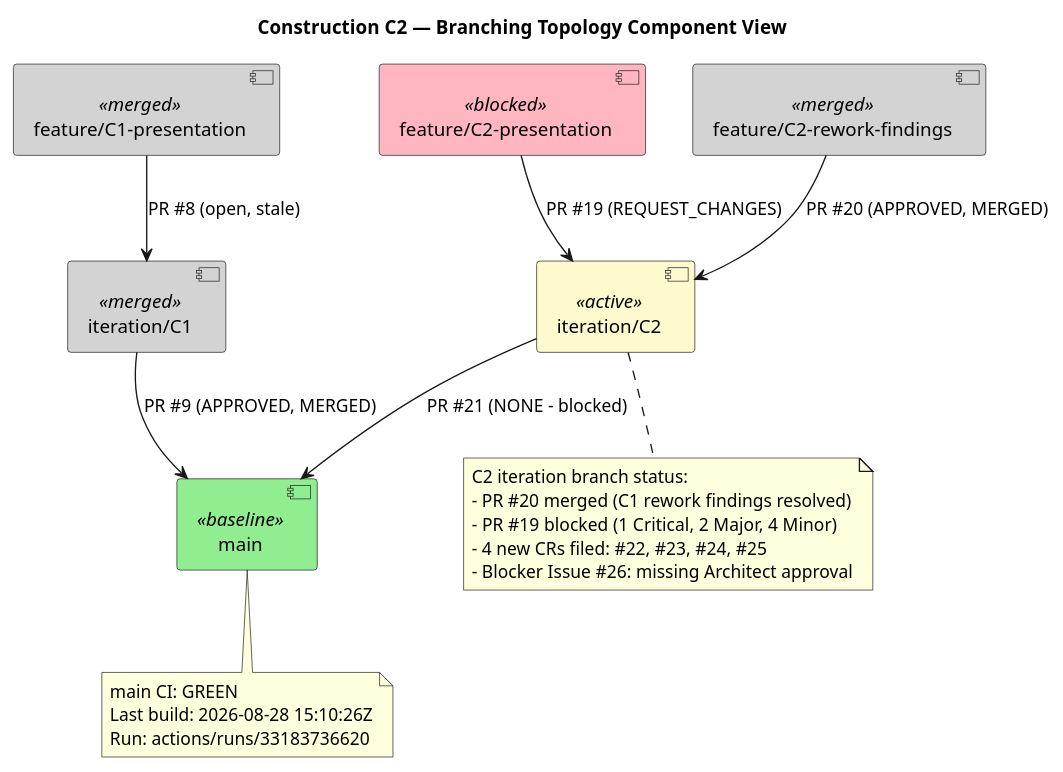
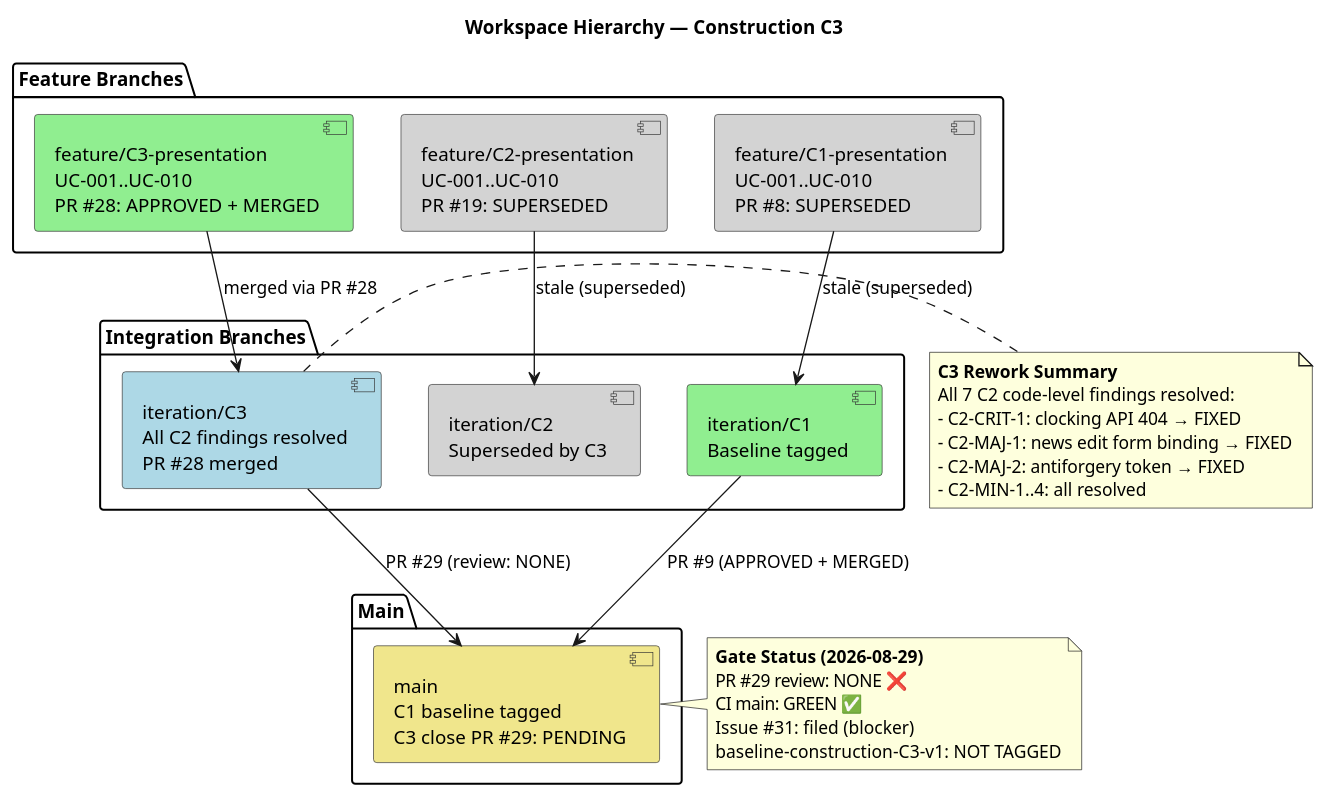
One commit to banense-test/portal-cuba-corp changed the first of 2 diagrams in docs/BRANCHING_STRATEGY.md. Above: the diagram before and after it, drawn with PlantUML. The commit also changed other lines of this file, not shown here.

Commit message:
docs: update BRANCHING_STRATEGY.md for C3 — gate blocked (PR #29 NONE), Issue #31 filed, pedigree diagram added

````diff
--- a/docs/BRANCHING_STRATEGY.md
+++ b/docs/BRANCHING_STRATEGY.md
@@ -64,41 +85,50 @@
 ```plantuml
-@startuml
-title Construction C2 — Branching Topology Component View
+@startuml Workspace_Hierarchy_C3
+title Workspace Hierarchy — Construction C3
 
 skinparam component {
-  BackgroundColor<<baseline>> #90EE90
-  BackgroundColor<<blocked>> #FFB6C1
-  BackgroundColor<<merged>> #D3D3D3
-  BackgroundColor<<active>> #FFFACD
+  BackgroundColor #F5F5F5
+  BorderColor #333333
 }
 
-component "main" as main <<baseline>>
-component "iteration/C1" as iter_c1 <<merged>>
-component "iteration/C2" as iter_c2 <<active>>
-component "feature/C1-presentation" as feat_c1 <<merged>>
-component "feature/C2-presentation" as feat_c2 <<blocked>>
-component "feature/C2-rework-findings" as feat_c2_rework <<merged>>
+package "Feature Branches" {
+  [feature/C3-presentation\nUC-001..UC-010\nPR #28: APPROVED + MERGED] as FEAT_C3 #LightGreen
+  [feature/C2-presentation\nUC-001..UC-010\nPR #19: SUPERSEDED] as FEAT_C2 #LightGray
+  [feature/C1-presentation\nUC-001..UC-010\nPR #8: SUPERSEDED] as FEAT_C1 #LightGray
+}
 
-feat_c1 --> iter_c1 : PR #8 (open, stale)
-iter_c1 --> main : PR #9 (APPROVED, MERGED)
+package "Integration Branches" {
+  [iteration/C3\nAll C2 findings resolved\nPR #28 merged] as ITER_C3 #LightBlue
+  [iteration/C2\nSuperseded by C3] as ITER_C2 #LightGray
+  [iteration/C1\nBaseline tagged] as ITER_C1 #LightGreen
+}
 
-feat_c2 --> iter_c2 : PR #19 (REQUEST_CHANGES)
-feat_c2_rework --> iter_c2 : PR #20 (APPROVED, MERGED)
-iter_c2 --> main : PR #21 (NONE - blocked)
+package "Main" {
+  [main\nC1 baseline tagged\nC3 close PR #29: PENDING] as MAIN #Khaki
+}
 
-note bottom of iter_c2
-  C2 iteration branch status:
-  - PR #20 merged (C1 rework findings resolved)
-  - PR #19 blocked (1 Critical, 2 Major, 4 Minor)
-  - 4 new CRs filed: #22, #23, #24, #25
-  - Blocker Issue #26: missing Architect approval
+FEAT_C3 --> ITER_C3 : merged via PR #28
+FEAT_C2 --> ITER_C2 : stale (superseded)
+FEAT_C1 --> ITER_C1 : stale (superseded)
+ITER_C3 --> MAIN : PR #29 (review: NONE)
+ITER_C1 --> MAIN : PR #9 (APPROVED + MERGED)
+
+note right of ITER_C3
+  **C3 Rework Summary**
+  All 7 C2 code-level findings resolved:
+  - C2-CRIT-1: clocking API 404 → FIXED
+  - C2-MAJ-1: news edit form binding → FIXED
+  - C2-MAJ-2: antiforgery token → FIXED
+  - C2-MIN-1..4: all resolved
 end note
 
-note bottom of main
-  main CI: GREEN
-  Last build: 2026-08-28 15:10:26Z
-  Run: actions/runs/33183736620
+note right of MAIN
+  **Gate Status (2026-08-29)**
+  PR #29 review: NONE ❌
+  CI main: GREEN ✅
+  Issue #31: filed (blocker)
+  baseline-construction-C3-v1: NOT TAGGED
 end note
 
 @enduml
 ```
````
